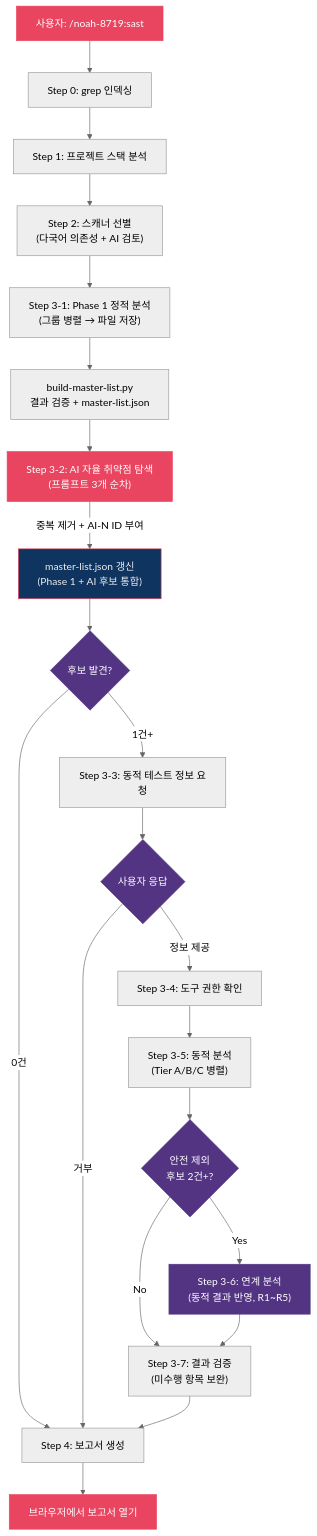
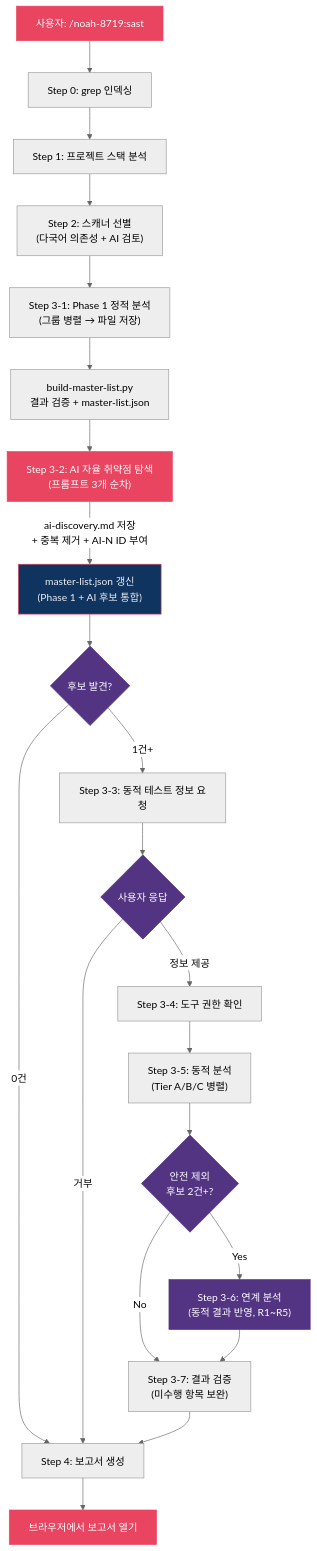
One commit to nomarlhack/noah-sast changed the fifth of 5 diagrams in README.md. Above: the diagram before and after it, drawn with Mermaid (neutral theme). The commit also changed other lines of this file and 2 other files, not shown here.

First line of the commit message:
fix: AI 탐색 결과를 ai-discovery.md에 Phase 1 호환 형식으로 저장

````diff
--- a/README.md
+++ b/README.md
@@ -666,32 +668,32 @@
 ```mermaid
 flowchart TD
     User["사용자: /noah-8719:sast"] --> S0["Step 0: grep 인덱싱"]
     S0 --> S1["Step 1: 프로젝트 스택 분석"]
     S1 --> S2["Step 2: 스캐너 선별\n(다국어 의존성 + AI 검토)"]
     S2 --> S3["Step 3-1: Phase 1 정적 분석\n(그룹 병렬 → 파일 저장)"]
     S3 --> BML2["build-master-list.py\n결과 검증 + master-list.json"]
     BML2 --> AI["Step 3-2: AI 자율 취약점 탐색\n(프롬프트 3개 순차)"]
-    AI -->|"중복 제거 + AI-N ID 부여"| MLUpdate2["master-list.json 갱신\n(Phase 1 + AI 후보 통합)"]
+    AI -->|"ai-discovery.md 저장\n+ 중복 제거 + AI-N ID 부여"| MLUpdate2["master-list.json 갱신\n(Phase 1 + AI 후보 통합)"]
     MLUpdate2 --> Check{후보 발견?}
     Check -->|0건| S4["Step 4: 보고서 생성"]
     Check -->|1건+| Ask["Step 3-3: 동적 테스트 정보 요청"]
     Ask --> UserReply{사용자 응답}
     UserReply -->|정보 제공| Perm["Step 3-4: 도구 권한 확인"]
     UserReply -->|거부| S4
     Perm --> Dynamic["Step 3-5: 동적 분석\n(Tier A/B/C 병렬)"]
     Dynamic --> ChainCheck{"안전 제외\n후보 2건+?"}
     ChainCheck -->|Yes| Chain["Step 3-6: 연계 분석\n(동적 결과 반영, R1~R5)"]
     ChainCheck -->|No| Verify
     Chain --> Verify["Step 3-7: 결과 검증\n(미수행 항목 보완)"]
     Verify --> S4
     S4 --> Open["브라우저에서 보고서 열기"]
 
     style User fill:#e94560,stroke:#e94560,color:#fff
     style AI fill:#e94560,stroke:#e94560,color:#fff
     style MLUpdate2 fill:#0f3460,stroke:#e94560,color:#eee
     style Chain fill:#533483,stroke:#533483,color:#fff
     style Open fill:#e94560,stroke:#e94560,color:#fff
     style Check fill:#533483,stroke:#533483,color:#fff
     style ChainCheck fill:#533483,stroke:#533483,color:#fff
     style UserReply fill:#533483,stroke:#533483,color:#fff
 ```
````
